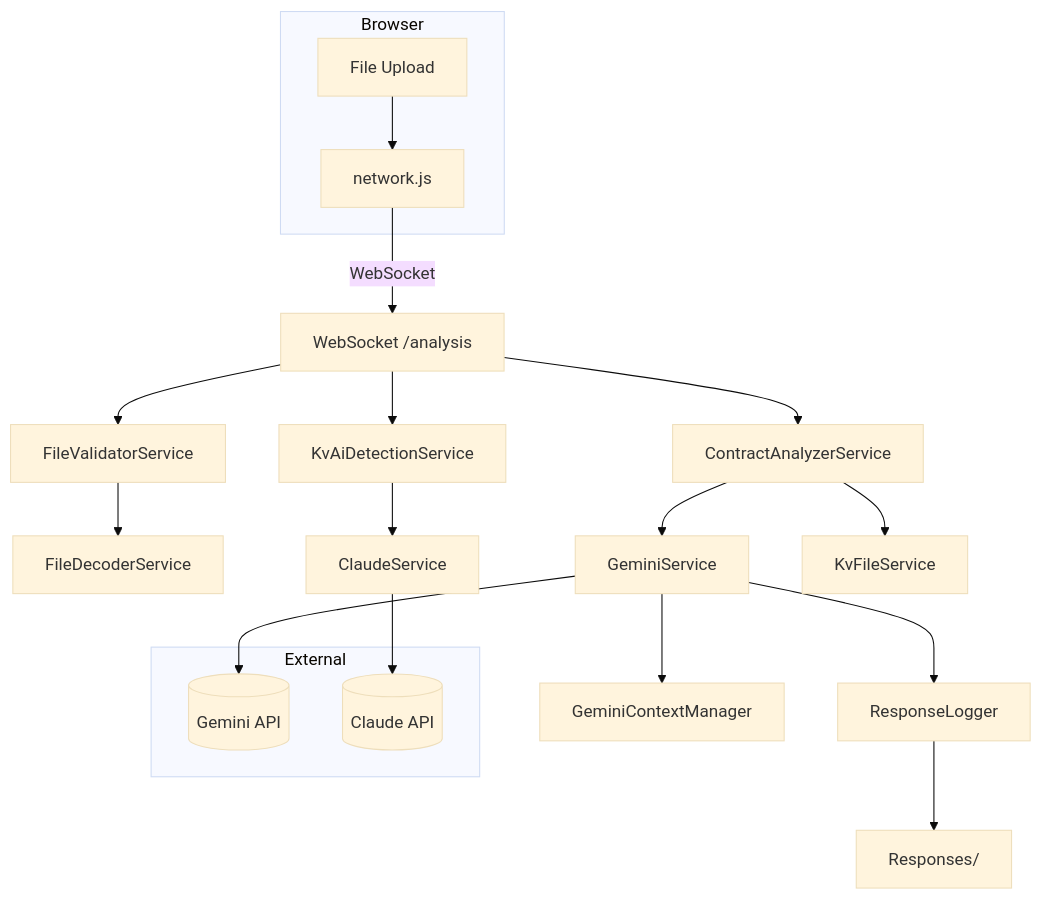
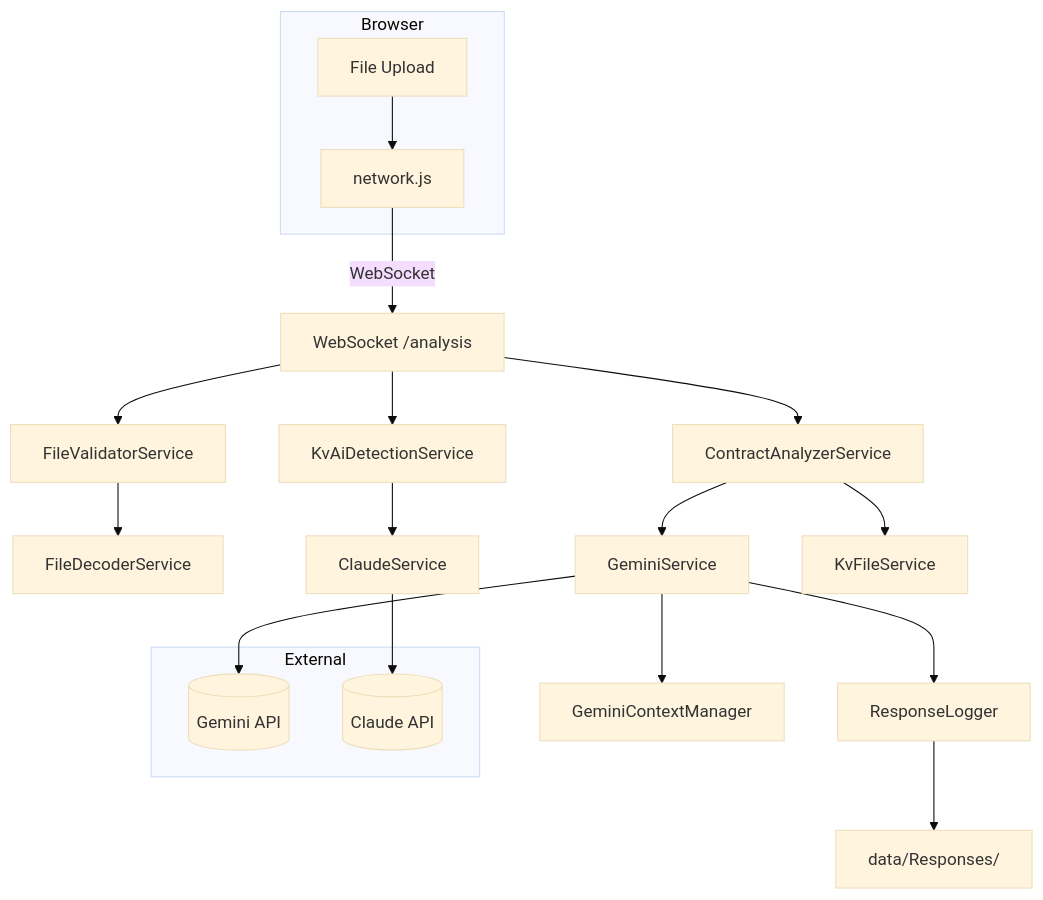
One commit to sebastian-305/PocketLawyer changed the fourth of 6 diagrams in docs/Diagrams/diagrams.md. Above: the diagram before and after it, drawn with Mermaid (base theme). The commit also changed 7 other files, not shown here.

````diff
--- a/docs/Diagrams/diagrams.md
+++ b/docs/Diagrams/diagrams.md
@@ -154,23 +154,23 @@
 ```mermaid
 graph TD
     subgraph Browser
         U[File Upload] --> N[network.js]
     end
     N -- WebSocket --> PC[WebSocket /analysis]
     PC --> FV[FileValidatorService]
     FV --> FDS[FileDecoderService]
     PC --> KD[KvAiDetectionService]
     KD --> CLA[ClaudeService]
     PC --> CA[ContractAnalyzerService]
     CA --> GEM[GeminiService]
     CA --> KFS[KvFileService]
     GEM --> RL[ResponseLogger]
     GEM --> GCM[GeminiContextManager]
-    RL --> Files[Responses/]
+    RL --> Files[data/Responses/]
     subgraph External
         GeminiAPI[(Gemini API)]
         ClaudeAPI[(Claude API)]
     end
     GEM --> GeminiAPI
     CLA --> ClaudeAPI
 ```
````
